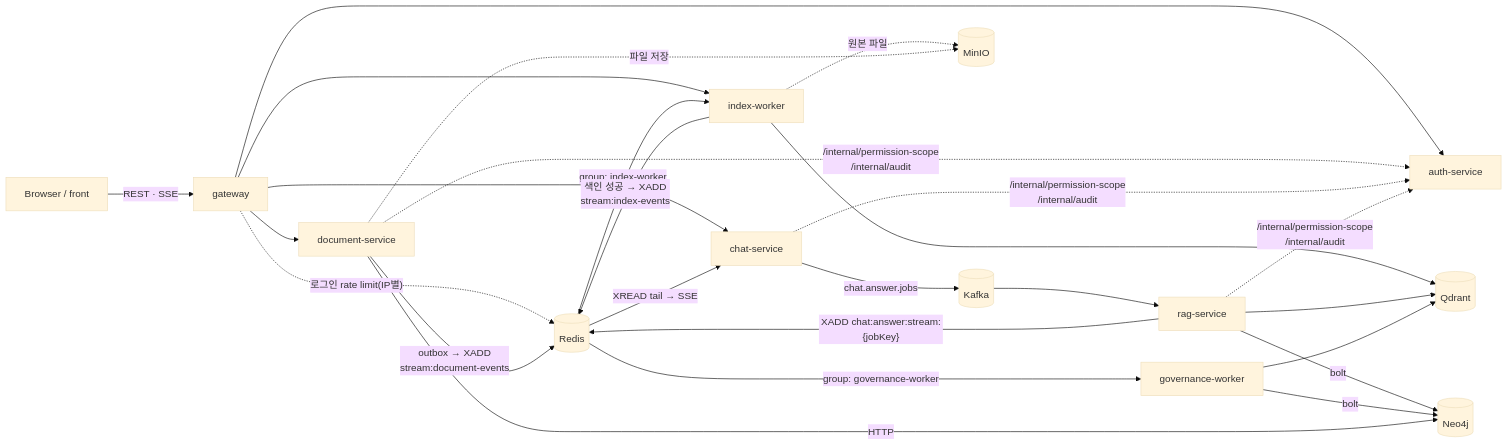
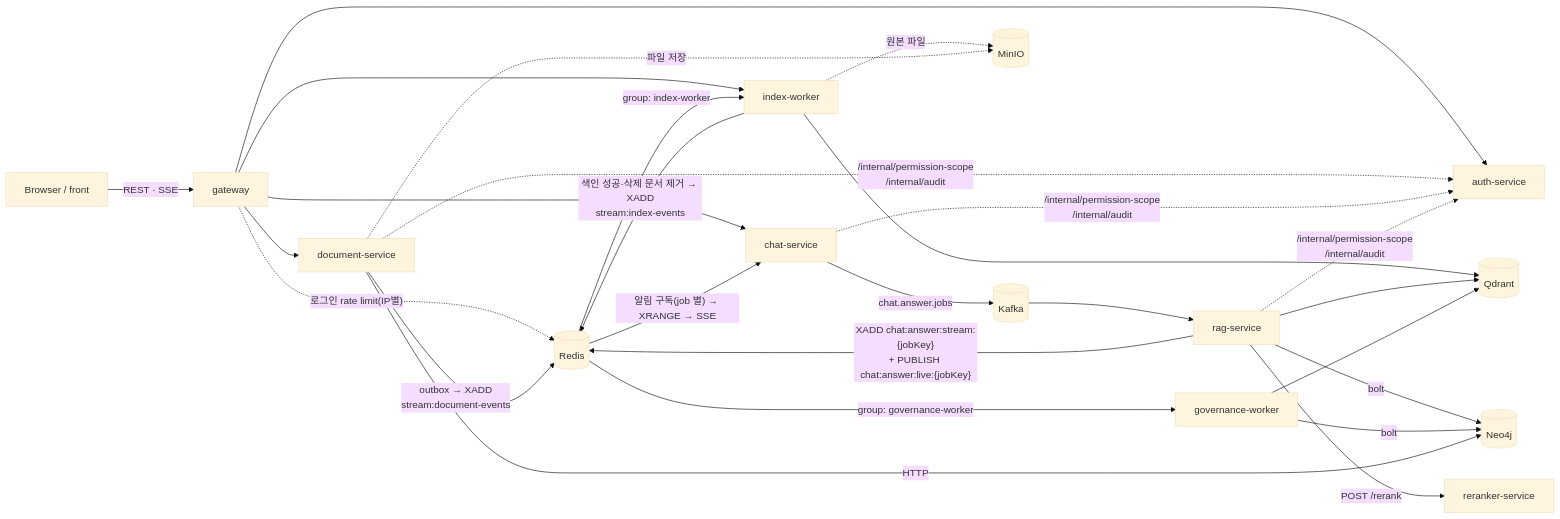
One commit to bbbbb0413/org-decision-history changed the first of 7 diagrams in docs/아키텍처_및_요청흐름.md. Above: the diagram before and after it, drawn with Mermaid (base theme). The commit also changed other lines of this file and 191 other files, not shown here.

First line of the commit message:
feat: reranker serving, SSE pub/sub relay, gateway auth resilience, LLM query planning and evidence judging

````diff
--- a/docs/아키텍처_및_요청흐름.md
+++ b/docs/아키텍처_및_요청흐름.md
@@ -33,30 +34,31 @@
 ```mermaid
 flowchart LR
     B[Browser / front] -->|REST · SSE| GW[gateway]
     GW --> AUTH[auth-service]
     GW --> DOC[document-service]
     GW --> IDX[index-worker]
     GW --> CHAT[chat-service]
     GW -. "로그인 rate limit(IP별)" .-> RS[(Redis)]
 
     DOC -- "outbox → XADD<br/>stream:document-events" --> RS
     RS -- "group: index-worker" --> IDX
-    IDX -- "색인 성공 → XADD<br/>stream:index-events" --> RS
+    IDX -- "색인 성공·삭제 문서 제거 → XADD<br/>stream:index-events" --> RS
     RS -- "group: governance-worker" --> GOV[governance-worker]
 
     CHAT -- "chat.answer.jobs" --> K[(Kafka)]
     K --> RAG[rag-service]
-    RAG -- "XADD chat:answer:stream:{jobKey}" --> RS
-    RS -- "XREAD tail → SSE" --> CHAT
+    RAG -- "XADD chat:answer:stream:{jobKey}<br/>+ PUBLISH chat:answer:live:{jobKey}" --> RS
+    RS -- "알림 구독(job 별) → XRANGE → SSE" --> CHAT
 
     DOC & CHAT & RAG -. "/internal/permission-scope<br/>/internal/audit" .-> AUTH
 
     IDX --> QD[(Qdrant)]
     RAG --> QD
+    RAG -- "POST /rerank" --> RR[reranker-service]
     GOV --> QD
     RAG -- bolt --> N4J[(Neo4j)]
     GOV -- bolt --> N4J
     DOC -- HTTP --> N4J
     IDX -. "원본 파일" .-> MIO[(MinIO)]
     DOC -. "파일 저장" .-> MIO
 ```
````
